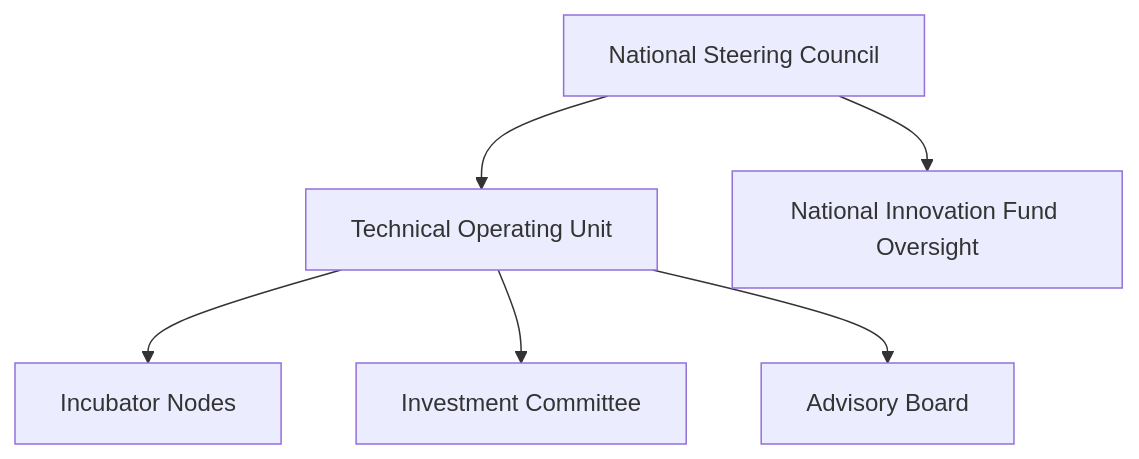
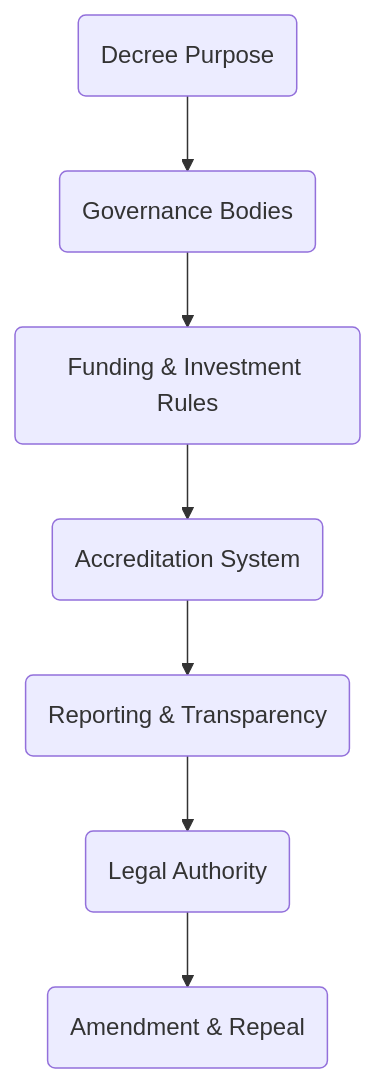
Before and after one commit to doulabglobal/vigia-incubanet-framework: the diagram in vif/annexes/annex-04-decree-template.md, drawn with Mermaid. The commit also changed other lines of this file and 24 other files, not shown here.

````diff
--- a/vif/annexes/annex-04-decree-template.md
+++ b/vif/annexes/annex-04-decree-template.md
@@ -87,8 +70,9 @@
 ```mermaid
 flowchart TD
-    A[National Steering Council] --> B[Technical Operating Unit]
-    B --> C[Incubator Nodes]
-    B --> D[Investment Committee]
-    B --> E[Advisory Board]
-    A --> F[National Innovation Fund Oversight]
+    A(Decree Purpose) --> B(Governance Bodies)
+    B --> C(Funding & Investment Rules)
+    C --> D(Accreditation System)
+    D --> E(Reporting & Transparency)
+    E --> F(Legal Authority)
+    F --> G(Amendment & Repeal)
 ```
````
